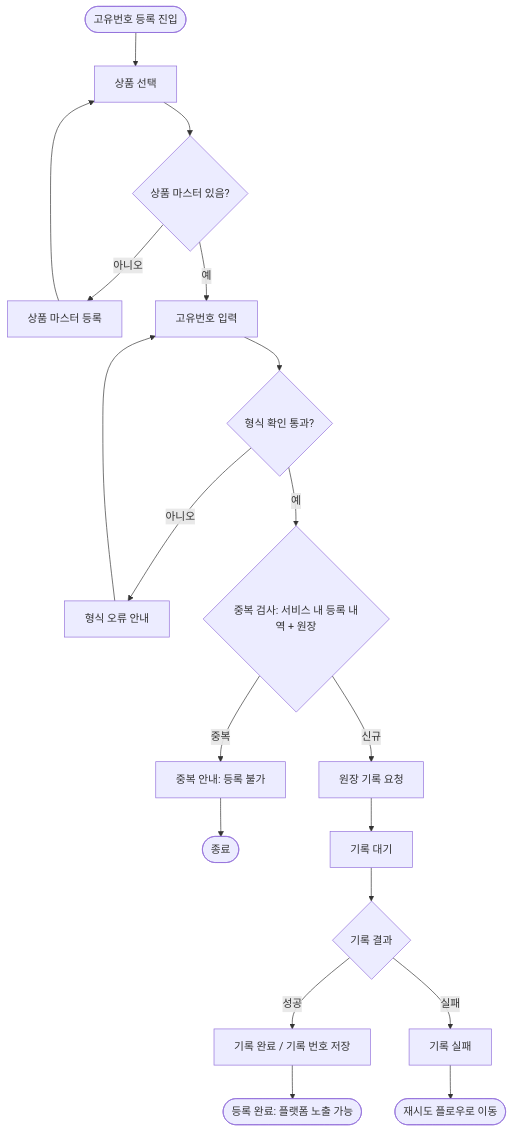
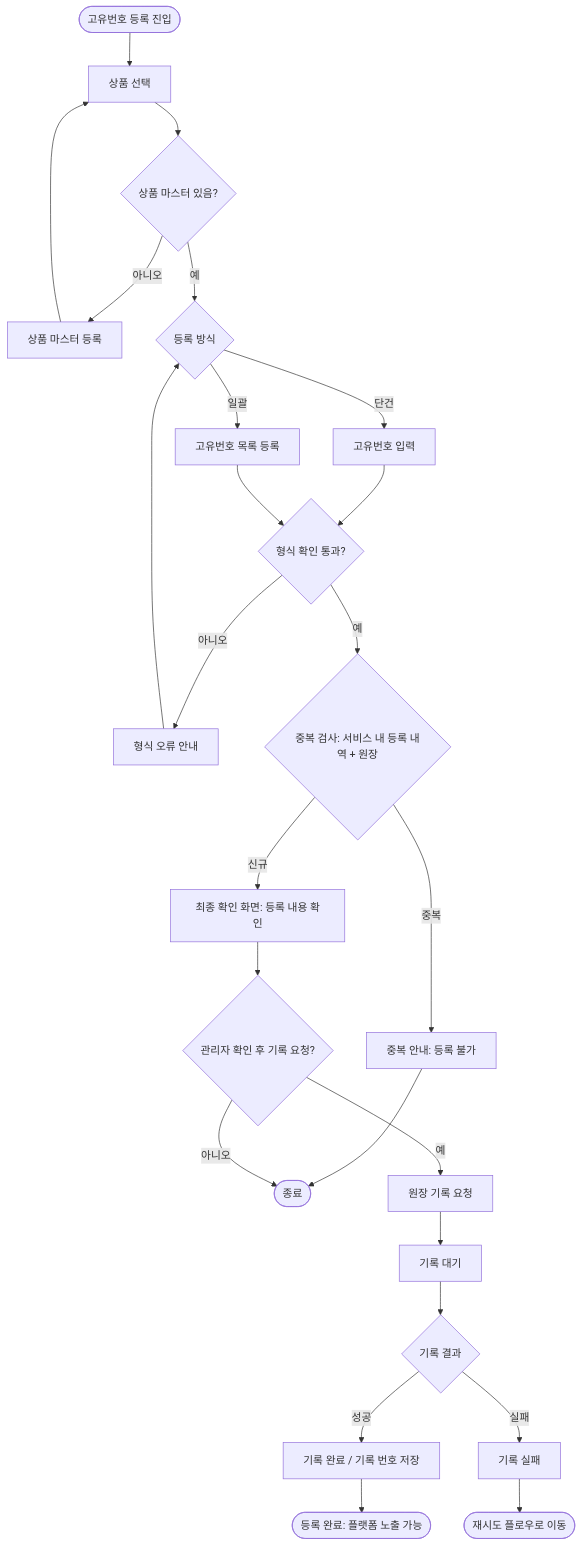
Before and after one commit to Soneungsu/Blockchain-Product-Authentication: the third of 8 diagrams in BR/07-고객여정/관리자/03-유저플로우.md, drawn with Mermaid. The commit also changed other lines of this file and 29 other files, not shown here.

````diff
--- a/BR/07-고객여정/관리자/03-유저플로우.md
+++ b/BR/07-고객여정/관리자/03-유저플로우.md
@@ -50,18 +60,24 @@
 ```mermaid
 flowchart TD
     A([고유번호 등록 진입]) --> B[상품 선택]
     B --> C{상품 마스터 있음?}
     C -- 아니오 --> C1[상품 마스터 등록] --> B
-    C -- 예 --> D[고유번호 입력]
-    D --> E{형식 확인 통과?}
+    C -- 예 --> D{등록 방식}
+    D -- 단건 --> D1[고유번호 입력]
+    D -- 일괄 --> D2[고유번호 목록 등록]
+    D1 --> E{형식 확인 통과?}
+    D2 --> E
     E -- 아니오 --> E1[형식 오류 안내] --> D
     E -- 예 --> F{중복 검사: 서비스 내 등록 내역 + 원장}
     F -- 중복 --> F1[중복 안내: 등록 불가] --> Z([종료])
-    F -- 신규 --> G[원장 기록 요청]
-    G --> H[기록 대기]
-    H --> I{기록 결과}
-    I -- 성공 --> J[기록 완료 / 기록 번호 저장]
-    I -- 실패 --> K[기록 실패]
-    J --> L([등록 완료: 플랫폼 노출 가능])
-    K --> M([재시도 플로우로 이동])
+    F -- 신규 --> G[최종 확인 화면: 등록 내용 확인]
+    G --> G1{관리자 확인 후 기록 요청?}
+    G1 -- 아니오 --> Z
+    G1 -- 예 --> H[원장 기록 요청]
+    H --> I[기록 대기]
+    I --> J{기록 결과}
+    J -- 성공 --> K[기록 완료 / 기록 번호 저장]
+    J -- 실패 --> L[기록 실패]
+    K --> M([등록 완료: 플랫폼 노출 가능])
+    L --> N([재시도 플로우로 이동])
 ```
````
